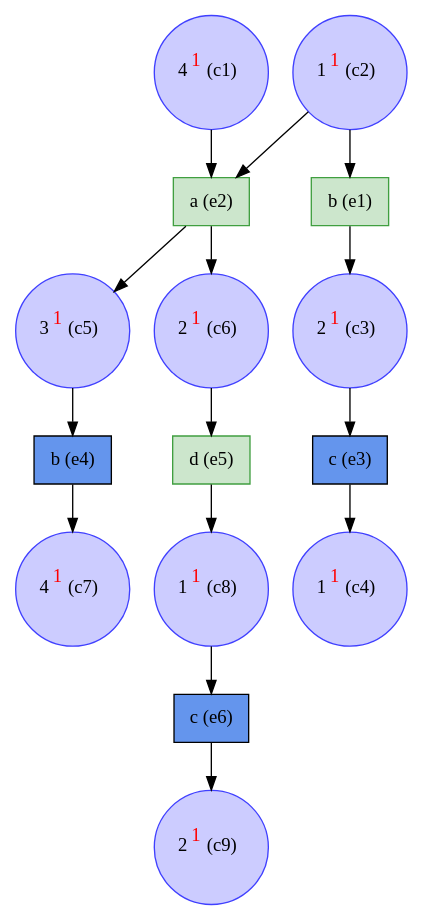
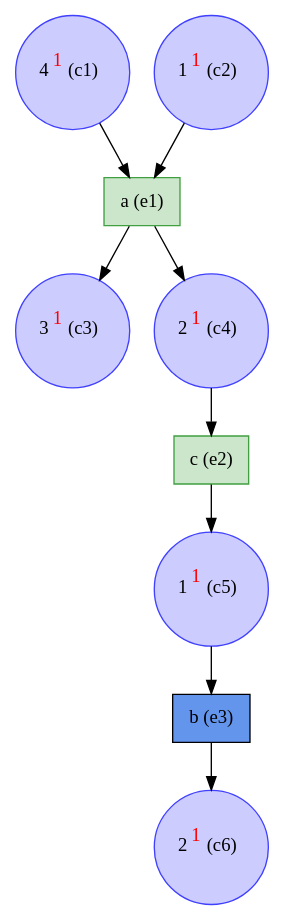
Before and after one commit to giannkas/ecofolder: the diagram in examples/stefan_slide/stefan_slide_unf.dot, drawn with Graphviz. The commit also changed 24 other files, not shown here.

```diff
--- a/examples/stefan_slide/stefan_slide_unf.dot
+++ b/examples/stefan_slide/stefan_slide_unf.dot
@@ -1,31 +1,19 @@
 digraph test {
-  c1 -> e2;
-  c2 -> e2;
+  c1 -> e1;
   c2 -> e1;
   e1 -> c3;
-  c3 -> e3;
-  e3 -> c4;
+  e1 -> c4;
+  c4 -> e2;
   e2 -> c5;
-  c5 -> e4;
-  e2 -> c6;
-  c6 -> e5;
-  e4 -> c7;
-  e5 -> c8;
-  c8 -> e6;
-  e6 -> c9;
+  c5 -> e3;
+  e3 -> c6;
   c1 [color="#4040ff" fillcolor="#ccccff" label= <4<FONT COLOR="red"><SUP>1</SUP></FONT>&nbsp;(c1)> shape=circle style=filled];
   c2 [color="#4040ff" fillcolor="#ccccff" label= <1<FONT COLOR="red"><SUP>1</SUP></FONT>&nbsp;(c2)> shape=circle style=filled];
-  c3 [color="#4040ff" fillcolor="#ccccff" label= <2<FONT COLOR="red"><SUP>1</SUP></FONT>&nbsp;(c3)> shape=circle style=filled];
-  c4 [color="#4040ff" fillcolor="#ccccff" label= <1<FONT COLOR="red"><SUP>1</SUP></FONT>&nbsp;(c4)> shape=circle style=filled];
-  c5 [color="#4040ff" fillcolor="#ccccff" label= <3<FONT COLOR="red"><SUP>1</SUP></FONT>&nbsp;(c5)> shape=circle style=filled];
+  c3 [color="#4040ff" fillcolor="#ccccff" label= <3<FONT COLOR="red"><SUP>1</SUP></FONT>&nbsp;(c3)> shape=circle style=filled];
+  c4 [color="#4040ff" fillcolor="#ccccff" label= <2<FONT COLOR="red"><SUP>1</SUP></FONT>&nbsp;(c4)> shape=circle style=filled];
+  c5 [color="#4040ff" fillcolor="#ccccff" label= <1<FONT COLOR="red"><SUP>1</SUP></FONT>&nbsp;(c5)> shape=circle style=filled];
   c6 [color="#4040ff" fillcolor="#ccccff" label= <2<FONT COLOR="red"><SUP>1</SUP></FONT>&nbsp;(c6)> shape=circle style=filled];
-  c7 [color="#4040ff" fillcolor="#ccccff" label= <4<FONT COLOR="red"><SUP>1</SUP></FONT>&nbsp;(c7)> shape=circle style=filled];
-  c8 [color="#4040ff" fillcolor="#ccccff" label= <1<FONT COLOR="red"><SUP>1</SUP></FONT>&nbsp;(c8)> shape=circle style=filled];
-  c9 [color="#4040ff" fillcolor="#ccccff" label= <2<FONT COLOR="red"><SUP>1</SUP></FONT>&nbsp;(c9)> shape=circle style=filled];
-  e1 [color="#409f40" fillcolor="#cce6cc" label="b (e1)" shape=box style=filled];
-  e2 [color="#409f40" fillcolor="#cce6cc" label="a (e2)" shape=box style=filled];
-  e3 [color=black fillcolor=cornflowerblue label="c (e3)" shape=box style=filled];
-  e4 [color=black fillcolor=cornflowerblue label="b (e4)" shape=box style=filled];
-  e5 [color="#409f40" fillcolor="#cce6cc" label="d (e5)" shape=box style=filled];
-  e6 [color=black fillcolor=cornflowerblue label="c (e6)" shape=box style=filled];
+  e1 [color="#409f40" fillcolor="#cce6cc" label="a (e1)" shape=box style=filled];
+  e2 [color="#409f40" fillcolor="#cce6cc" label="c (e2)" shape=box style=filled];
+  e3 [color=black fillcolor=cornflowerblue label="b (e3)" shape=box style=filled];
 }
```
